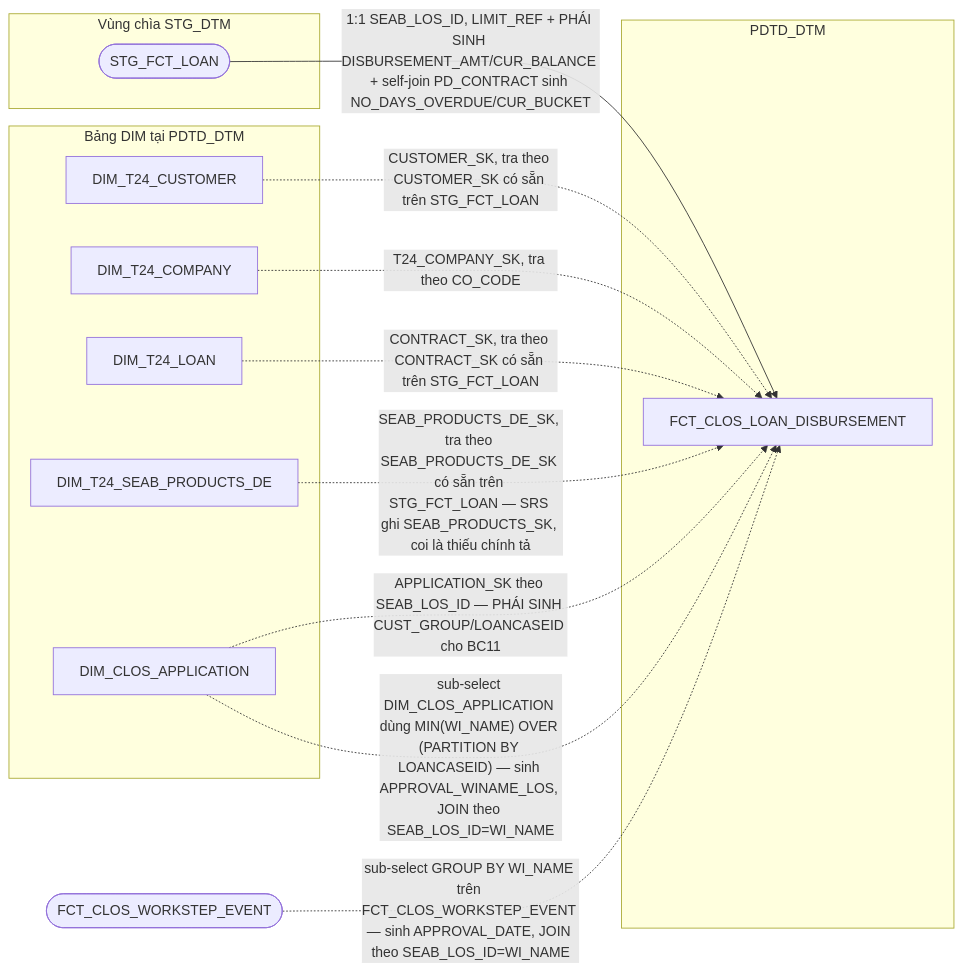
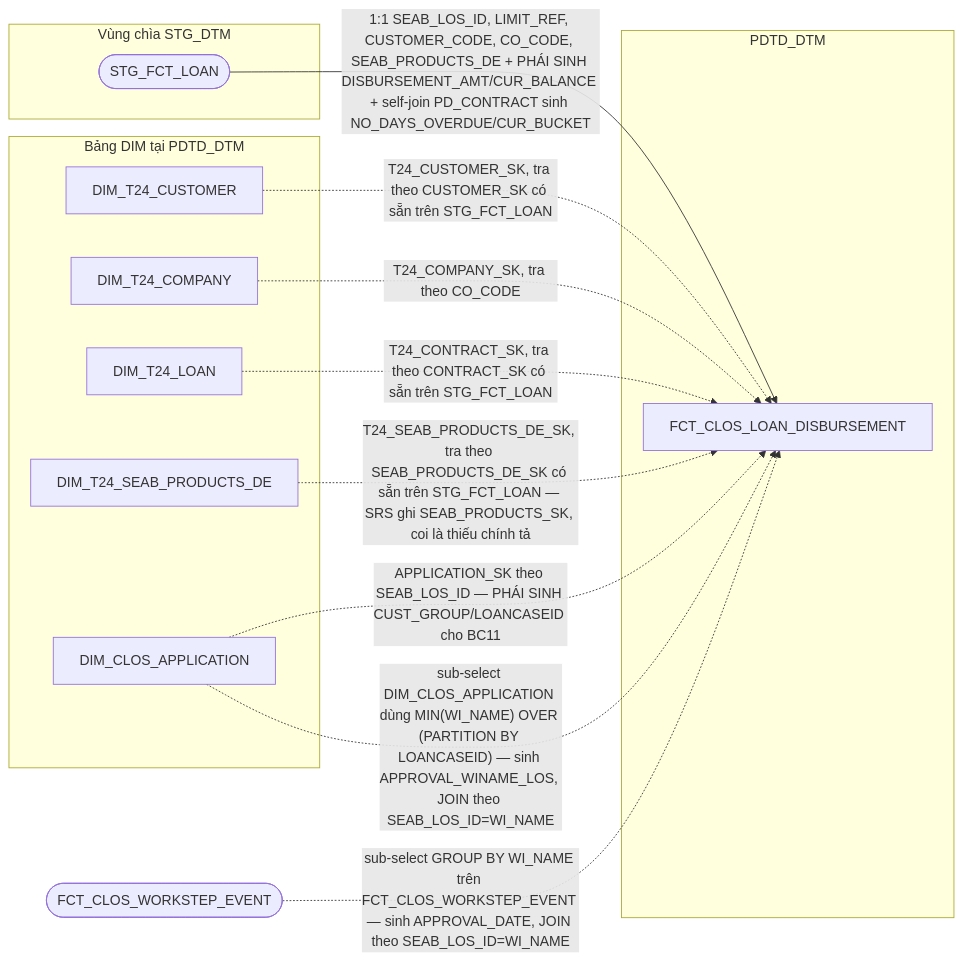
The ninth of 19 diagrams in hld/hld_review/HLD_FCT_PDTD_DTM_review.md (chien1198/sb-mapping-gen), drawn with Mermaid before and after one commit. The commit also changed other lines of this file and 31 other files, not shown here.

````diff
--- a/hld/hld_review/HLD_FCT_PDTD_DTM_review.md
+++ b/hld/hld_review/HLD_FCT_PDTD_DTM_review.md
@@ -667,24 +671,24 @@
 ```mermaid
 flowchart LR
     subgraph STG_DTM["Vùng chìa STG_DTM"]
         SA(["STG_FCT_LOAN"])
     end
     subgraph DIM_DTM["Bảng DIM tại PDTD_DTM"]
         CUST["DIM_T24_CUSTOMER"]
         COMP["DIM_T24_COMPANY"]
         LOAN["DIM_T24_LOAN"]
         PROD["DIM_T24_SEAB_PRODUCTS_DE"]
         CAPP["DIM_CLOS_APPLICATION"]
     end
     subgraph PDTD_DTM
         E["FCT_CLOS_LOAN_DISBURSEMENT"]
     end
-    SA -->|1:1 SEAB_LOS_ID, LIMIT_REF + PHÁI SINH DISBURSEMENT_AMT/CUR_BALANCE + self-join PD_CONTRACT sinh NO_DAYS_OVERDUE/CUR_BUCKET| E
-    CUST -.->|CUSTOMER_SK, tra theo CUSTOMER_SK có sẵn trên STG_FCT_LOAN| E
+    SA -->|1:1 SEAB_LOS_ID, LIMIT_REF, CUSTOMER_CODE, CO_CODE, SEAB_PRODUCTS_DE + PHÁI SINH DISBURSEMENT_AMT/CUR_BALANCE + self-join PD_CONTRACT sinh NO_DAYS_OVERDUE/CUR_BUCKET| E
+    CUST -.->|T24_CUSTOMER_SK, tra theo CUSTOMER_SK có sẵn trên STG_FCT_LOAN| E
     COMP -.->|T24_COMPANY_SK, tra theo CO_CODE| E
-    LOAN -.->|CONTRACT_SK, tra theo CONTRACT_SK có sẵn trên STG_FCT_LOAN| E
-    PROD -.->|SEAB_PRODUCTS_DE_SK, tra theo SEAB_PRODUCTS_DE_SK có sẵn trên STG_FCT_LOAN — SRS ghi SEAB_PRODUCTS_SK, coi là thiếu chính tả| E
+    LOAN -.->|T24_CONTRACT_SK, tra theo CONTRACT_SK có sẵn trên STG_FCT_LOAN| E
+    PROD -.->|T24_SEAB_PRODUCTS_DE_SK, tra theo SEAB_PRODUCTS_DE_SK có sẵn trên STG_FCT_LOAN — SRS ghi SEAB_PRODUCTS_SK, coi là thiếu chính tả| E
     CAPP -.->|APPLICATION_SK theo SEAB_LOS_ID — PHÁI SINH CUST_GROUP/LOANCASEID cho BC11| E
     CAPP -.->|"sub-select DIM_CLOS_APPLICATION dùng MIN(WI_NAME) OVER (PARTITION BY LOANCASEID) — sinh APPROVAL_WINAME_LOS, JOIN theo SEAB_LOS_ID=WI_NAME"| E
     WE(["FCT_CLOS_WORKSTEP_EVENT"]) -.->|"sub-select GROUP BY WI_NAME trên FCT_CLOS_WORKSTEP_EVENT — sinh APPROVAL_DATE, JOIN theo SEAB_LOS_ID=WI_NAME"| E
 ```
````
